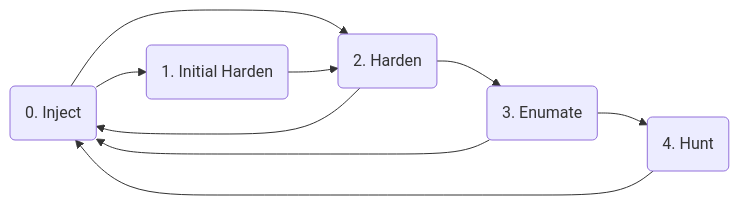
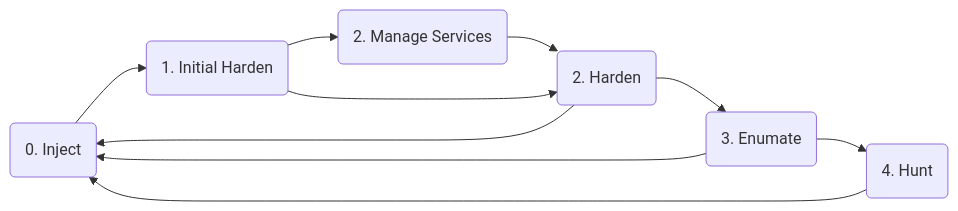
Before and after one commit to xnorkl/cyberdefenseclub: the second of 2 diagrams in playbook/README.md, drawn with Mermaid. The commit also changed other lines of this file, not shown here.

````diff
--- a/playbook/README.md
+++ b/playbook/README.md
@@ -44,13 +44,14 @@
  ```mermaid
 graph LR
 
 A(0. Inject) --> E(1. Initial Harden)
-A --> B(2. Harden)
+E --> F(2. Manage Services)
+F --> B(2. Harden)
 B --> C(3. Enumate)
 C --> D(4. Hunt)
 E --> B
 B --> A
 C --> A
 D --> A
 
 ```
````
